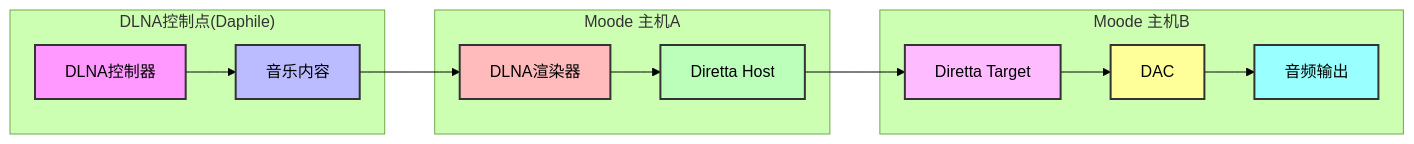
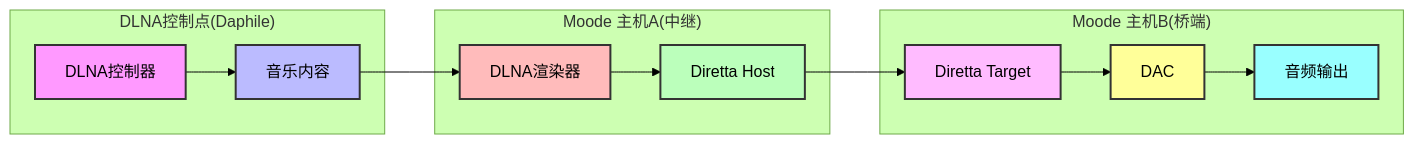
Before and after one commit to mslovecc/nanopim4: the second of 2 diagrams in README.md, drawn with Mermaid (forest theme). The commit also changed other lines of this file, not shown here.

````diff
--- a/README.md
+++ b/README.md
@@ -28,21 +28,21 @@
 ```mermaid
 flowchart LR
     subgraph "DLNA控制点(Daphile)"
     A[DLNA控制器] --> B[音乐内容]
     end
-    subgraph "Moode 主机A"
+    subgraph "Moode 主机A(中继)"
     B --> C[DLNA渲染器]
     C --> D[Diretta Host]
     end
-    subgraph "Moode 主机B"
+    subgraph "Moode 主机B(桥端)"
     D --> E[Diretta Target] --> F[DAC] --> G[音频输出]
     end
     
     style A fill:#f9f,stroke:#333,stroke-width:2px
     style B fill:#bbf,stroke:#333,stroke-width:2px
     style C fill:#fbb,stroke:#333,stroke-width:2px
     style D fill:#bfb,stroke:#333,stroke-width:2px
     style E fill:#fbf,stroke:#333,stroke-width:2px
     style F fill:#ff9,stroke:#333,stroke-width:2px
     style G fill:#9ff,stroke:#333,stroke-width:2px
 ```
````
